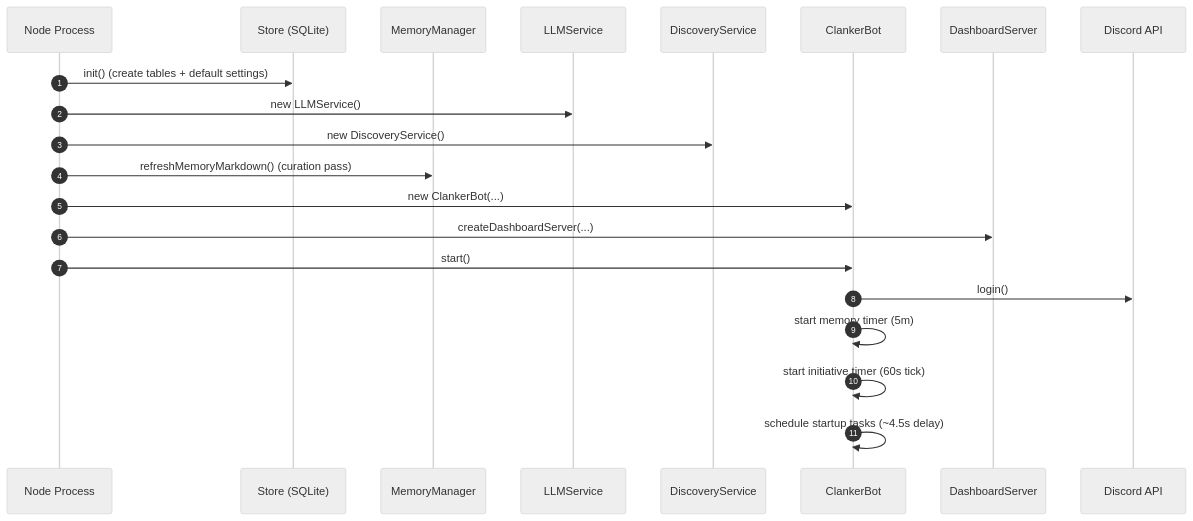
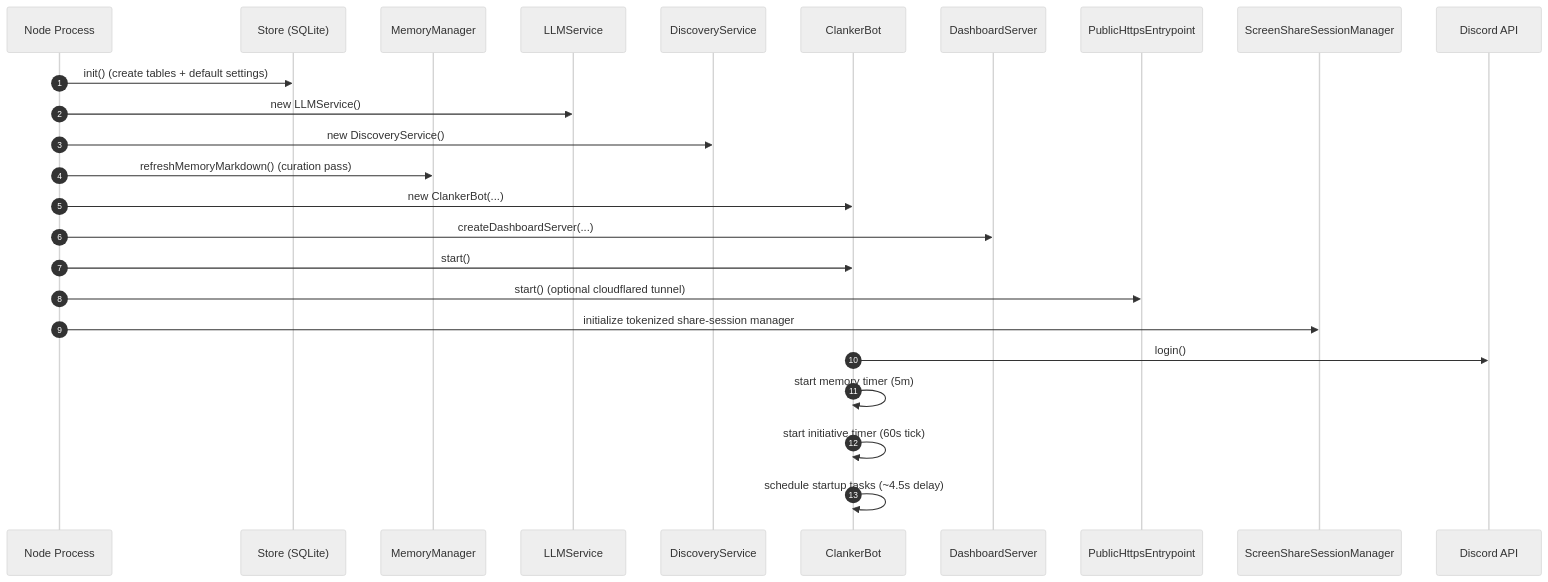
One commit to Volpestyle/clanker_conk changed the first of 5 diagrams in docs/technical-architecture.md. Above: the diagram before and after it, drawn with Mermaid (neutral theme). The commit also changed other lines of this file and 22 other files, not shown here.

Commit message:
feat(public): add tunnel-backed screen-share ingress

````diff
--- a/docs/technical-architecture.md
+++ b/docs/technical-architecture.md
@@ -28,24 +30,28 @@
 ```mermaid
 sequenceDiagram
     autonumber
     participant Proc as Node Process
     participant Store as Store (SQLite)
     participant Memory as MemoryManager
     participant LLM as LLMService
     participant Disc as DiscoveryService
     participant Bot as ClankerBot
     participant Dash as DashboardServer
+    participant Pub as PublicHttpsEntrypoint
+    participant Scr as ScreenShareSessionManager
     participant Discord as Discord API
 
     Proc->>Store: init() (create tables + default settings)
     Proc->>LLM: new LLMService()
     Proc->>Disc: new DiscoveryService()
     Proc->>Memory: refreshMemoryMarkdown() (curation pass)
     Proc->>Bot: new ClankerBot(...)
     Proc->>Dash: createDashboardServer(...)
     Proc->>Bot: start()
+    Proc->>Pub: start() (optional cloudflared tunnel)
+    Proc->>Scr: initialize tokenized share-session manager
     Bot->>Discord: login()
     Bot->>Bot: start memory timer (5m)
     Bot->>Bot: start initiative timer (60s tick)
     Bot->>Bot: schedule startup tasks (~4.5s delay)
 ```
````
